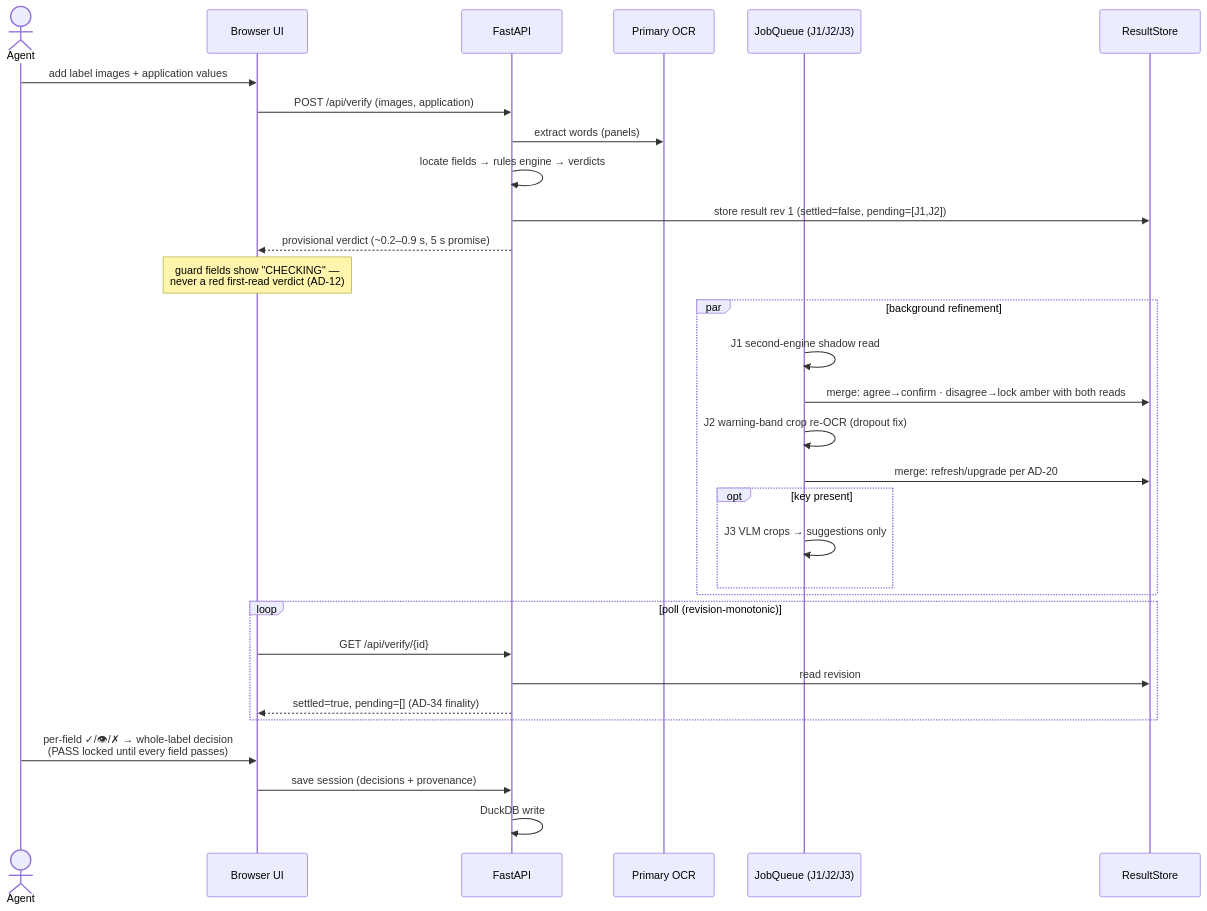
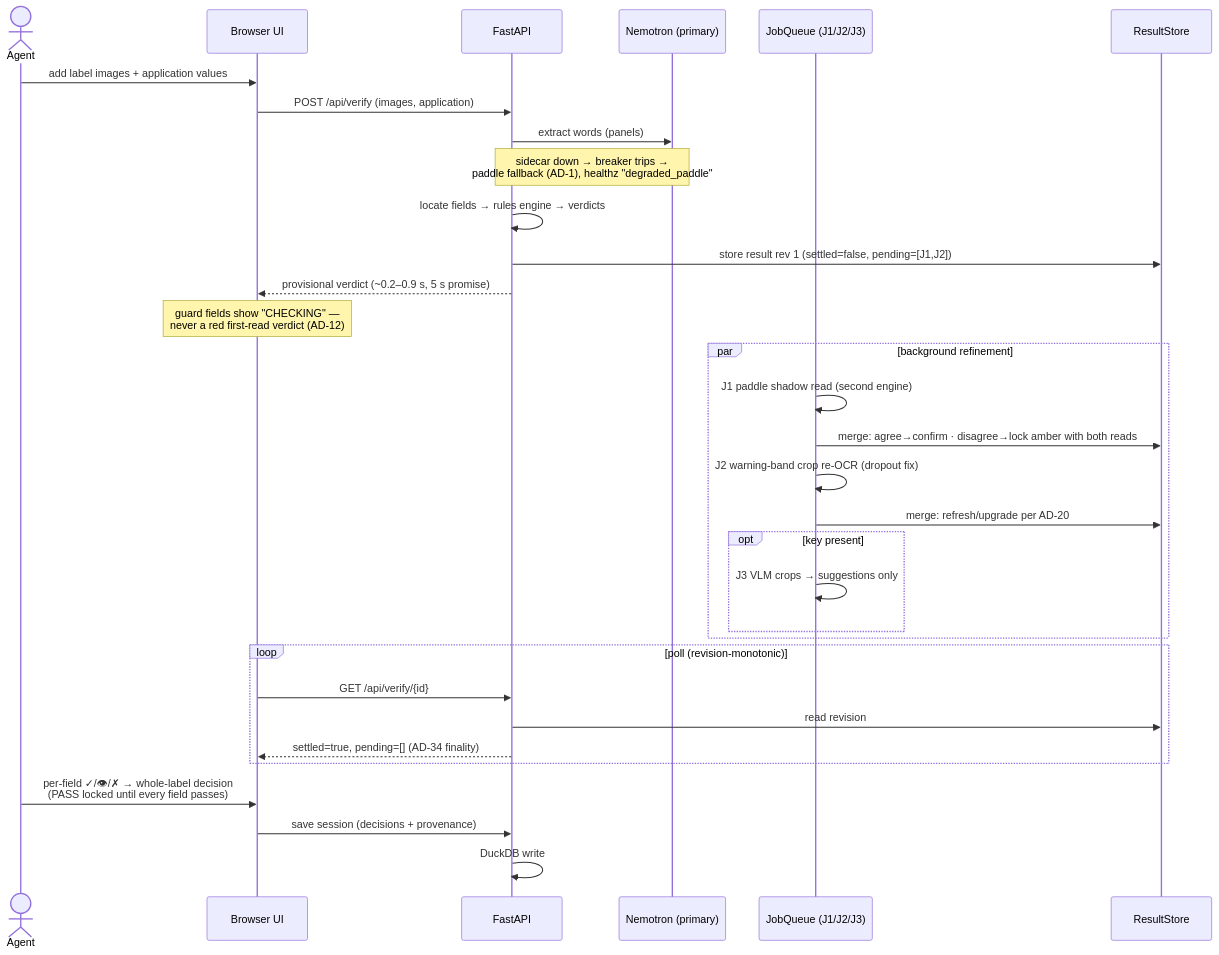
Before and after one commit to niccolox/ttb-take-hown: the second of 3 diagrams in docs/architecture.md, drawn with Mermaid. The commit also changed other lines of this file, not shown here.

First line of the commit message:
Docs: architecture updated for the nemotron default + rationale section

````diff
--- a/docs/architecture.md
+++ b/docs/architecture.md
@@ -74,36 +81,37 @@
 ```mermaid
 sequenceDiagram
     actor Agent
     participant UI as Browser UI
     participant API as FastAPI
-    participant OCR as Primary OCR
+    participant OCR as Nemotron (primary)
     participant Q as JobQueue (J1/J2/J3)
     participant S as ResultStore
 
     Agent->>UI: add label images + application values
     UI->>API: POST /api/verify (images, application)
     API->>OCR: extract words (panels)
+    Note over API,OCR: sidecar down → breaker trips →<br/>paddle fallback (AD-1), healthz "degraded_paddle"
     API->>API: locate fields → rules engine → verdicts
     API->>S: store result rev 1 (settled=false, pending=[J1,J2])
     API-->>UI: provisional verdict (~0.2–0.9 s, 5 s promise)
     Note over UI: guard fields show "CHECKING" —<br/>never a red first-read verdict (AD-12)
 
     par background refinement
-        Q->>Q: J1 second-engine shadow read
+        Q->>Q: J1 paddle shadow read (second engine)
         Q->>S: merge: agree→confirm · disagree→lock amber with both reads
         Q->>Q: J2 warning-band crop re-OCR (dropout fix)
         Q->>S: merge: refresh/upgrade per AD-20
         opt key present
             Q->>Q: J3 VLM crops → suggestions only
         end
     end
 
     loop poll (revision-monotonic)
         UI->>API: GET /api/verify/{id}
         API->>S: read revision
         API-->>UI: settled=true, pending=[] (AD-34 finality)
     end
     Agent->>UI: per-field ✓/👁/✗ → whole-label decision<br/>(PASS locked until every field passes)
     UI->>API: save session (decisions + provenance)
     API->>API: DuckDB write
 ```
````
